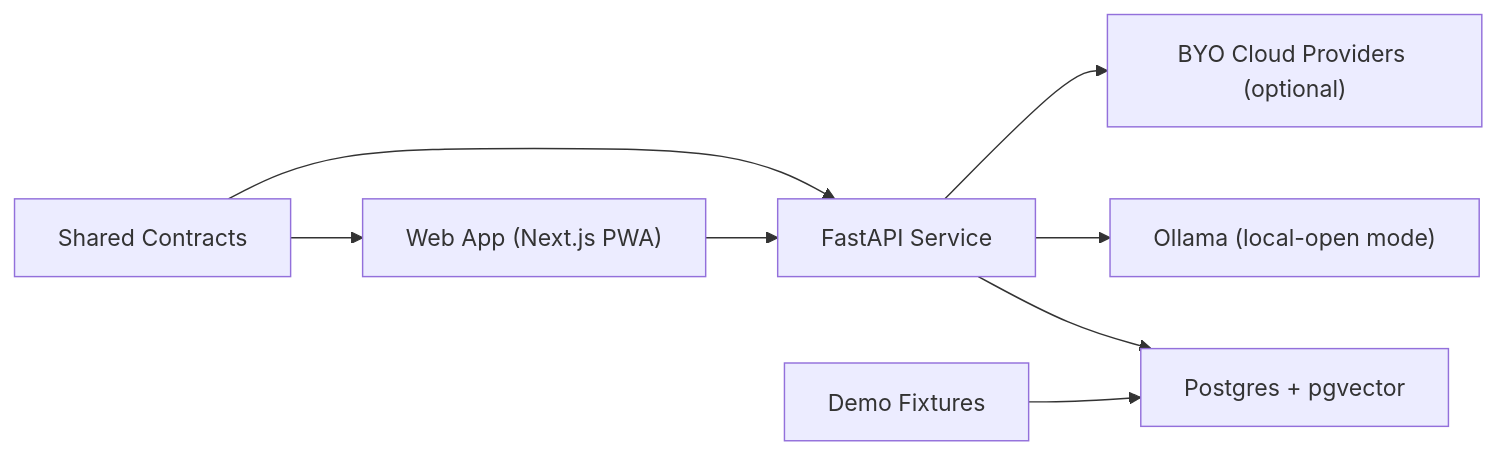
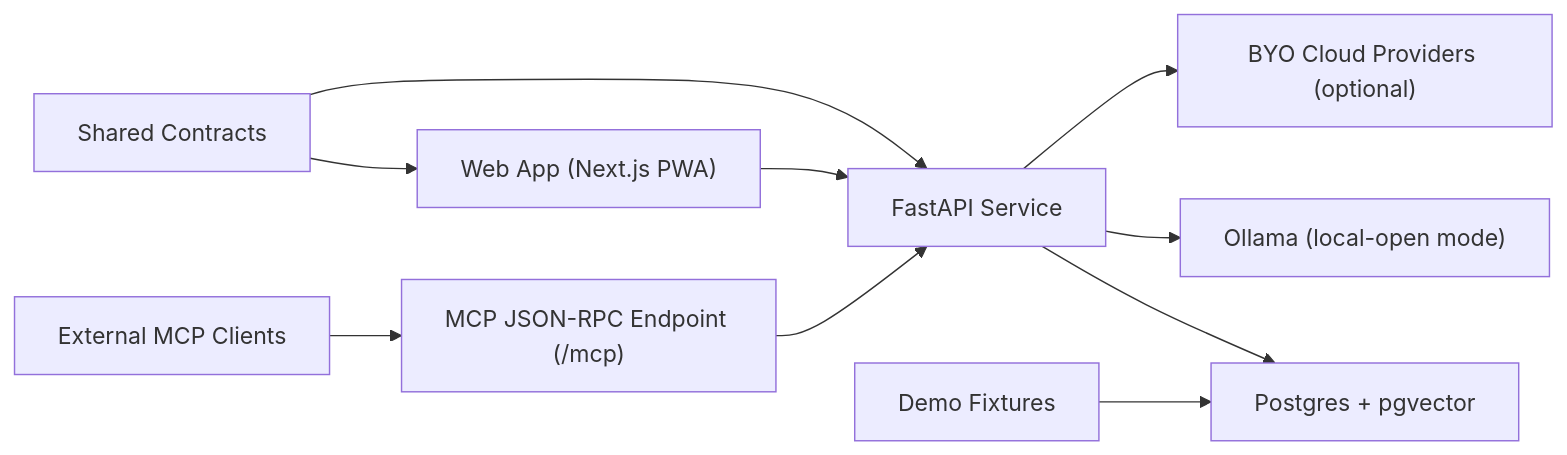
Before and after one commit to theSelfSa/biased: the diagram in README.md, drawn with Mermaid. The commit also changed other lines of this file and 22 other files, not shown here.

````diff
--- a/README.md
+++ b/README.md
@@ -59,10 +61,12 @@
 ```mermaid
 flowchart LR
   A["Web App (Next.js PWA)"] --> B["FastAPI Service"]
   B --> C["Postgres + pgvector"]
   B --> D["Ollama (local-open mode)"]
   B --> E["BYO Cloud Providers (optional)"]
+  H["External MCP Clients"] --> I["MCP JSON-RPC Endpoint (/mcp)"]
+  I --> B
   F["Demo Fixtures"] --> C
   G["Shared Contracts"] --> A
   G --> B
 ```
````
